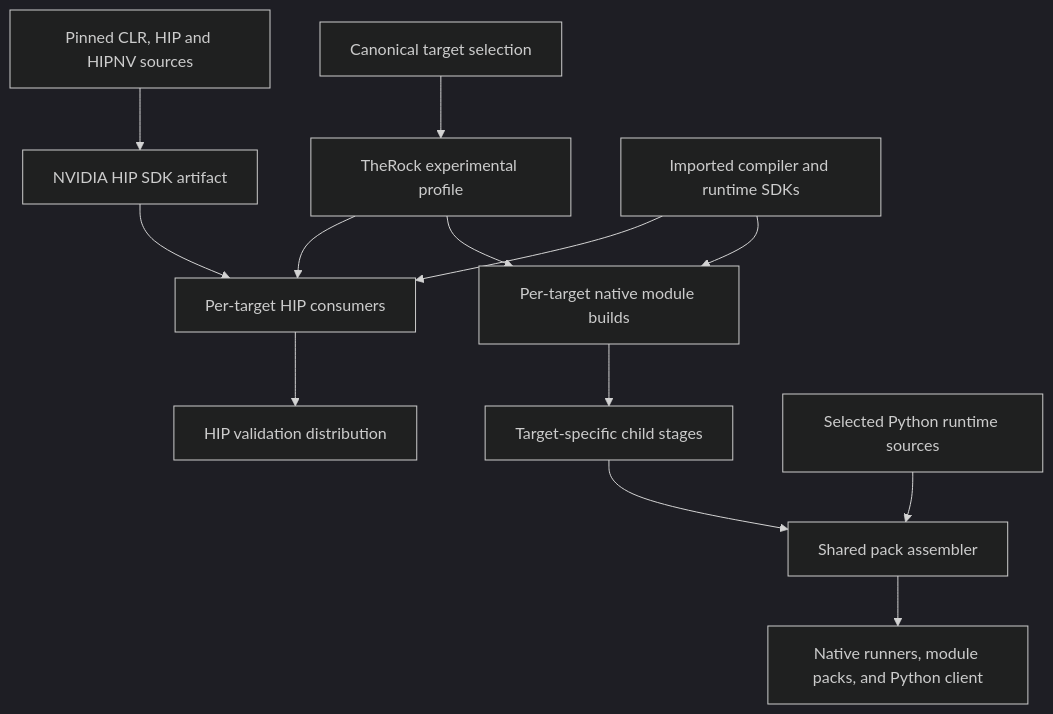
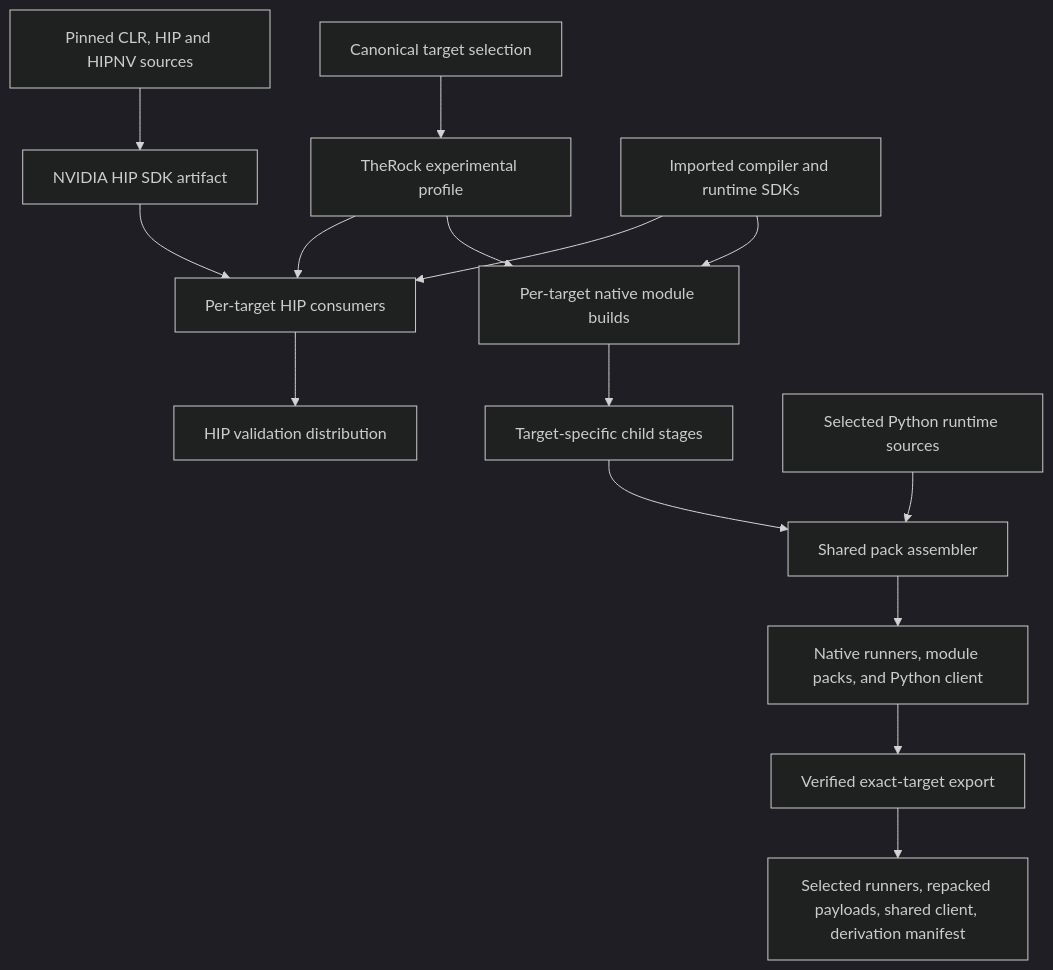
Before and after one commit to powderluv/TheRock: the first of 2 diagrams in docs/development/multi-vendor-architecture.md, drawn with Mermaid (dark theme). The commit also changed other lines of this file and 7 other files, not shown here.

First line of the commit message:
feat: export exact multi-vendor target distributions

````diff
--- a/docs/development/multi-vendor-architecture.md
+++ b/docs/development/multi-vendor-architecture.md
@@ -86,15 +87,17 @@
 ```mermaid
 flowchart TD
     Targets["Canonical target selection"] --> Profile["TheRock experimental profile"]
     Sources["Pinned CLR, HIP and HIPNV sources"] --> HipSdk["NVIDIA HIP SDK artifact"]
     Profile --> Hip["Per-target HIP consumers"]
     HipSdk --> Hip
     Sdks["Imported compiler and runtime SDKs"] --> Hip
     Sdks --> Native["Per-target native module builds"]
     Profile --> Native
     Hip --> HipDist["HIP validation distribution"]
     Native --> Stages["Target-specific child stages"]
     Stages --> Assemble["Shared pack assembler"]
     Python["Selected Python runtime sources"] --> Assemble
     Assemble --> ModuleDist["Native runners, module packs, and Python client"]
+    ModuleDist --> Export["Verified exact-target export"]
+    Export --> Profiles["Selected runners, repacked payloads, shared client, derivation manifest"]
 ```
````
